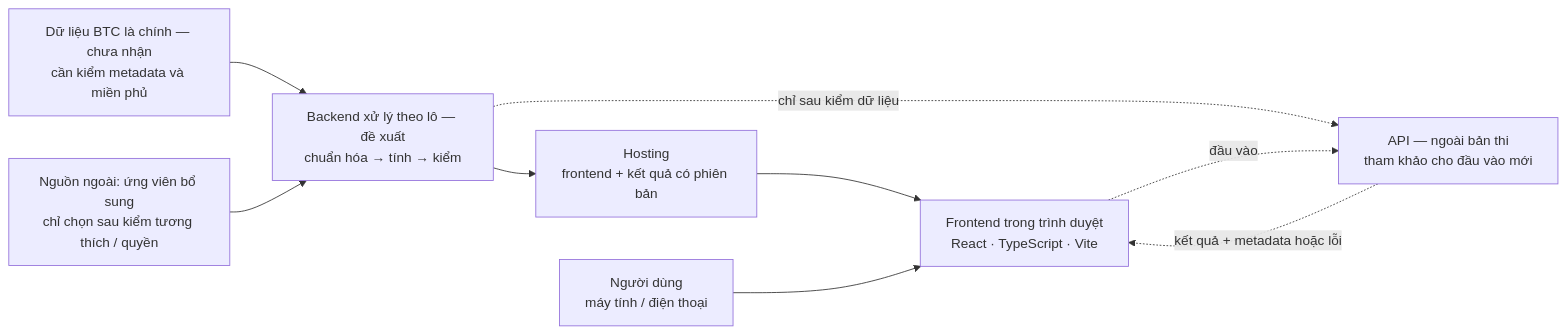
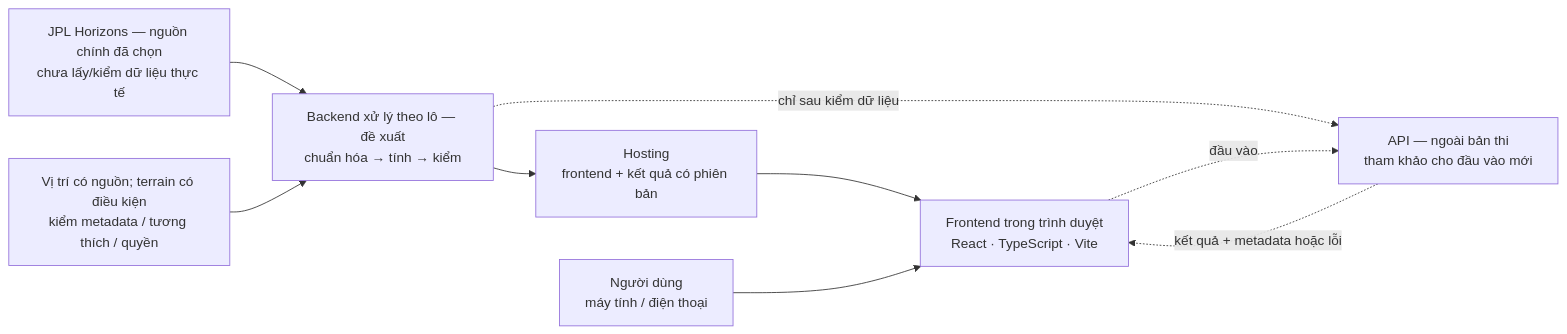
The diagram in docs/architecture-proposal/ARCHITECTURE_PROPOSAL.md (justsomenewbie/space-apps-2026-preparation), drawn with Mermaid before and after one commit. The commit also changed other lines of this file and 16 other files, not shown here.

````diff
--- a/docs/architecture-proposal/ARCHITECTURE_PROPOSAL.md
+++ b/docs/architecture-proposal/ARCHITECTURE_PROPOSAL.md
@@ -23,11 +23,11 @@
 ```mermaid
 flowchart LR
-    S["Dữ liệu BTC là chính — chưa nhận<br/>cần kiểm metadata và miền phủ"] --> P["Backend xử lý theo lô — đề xuất<br/>chuẩn hóa → tính → kiểm"]
-    X["Nguồn ngoài: ứng viên bổ sung<br/>chỉ chọn sau kiểm tương thích / quyền"] --> P
+    S["JPL Horizons — nguồn chính đã chọn<br/>chưa lấy/kiểm dữ liệu thực tế"] --> P["Backend xử lý theo lô — đề xuất<br/>chuẩn hóa → tính → kiểm"]
+    X["Vị trí có nguồn; terrain có điều kiện<br/>kiểm metadata / tương thích / quyền"] --> P
     P --> H["Hosting<br/>frontend + kết quả có phiên bản"]
     H --> F["Frontend trong trình duyệt<br/>React · TypeScript · Vite"]
     U["Người dùng<br/>máy tính / điện thoại"] --> F
     P -. "chỉ sau kiểm dữ liệu" .-> A["API — ngoài bản thi<br/>tham khảo cho đầu vào mới"]
     F -. "đầu vào" .-> A
     A -. "kết quả + metadata hoặc lỗi" .-> F
 ```
````
